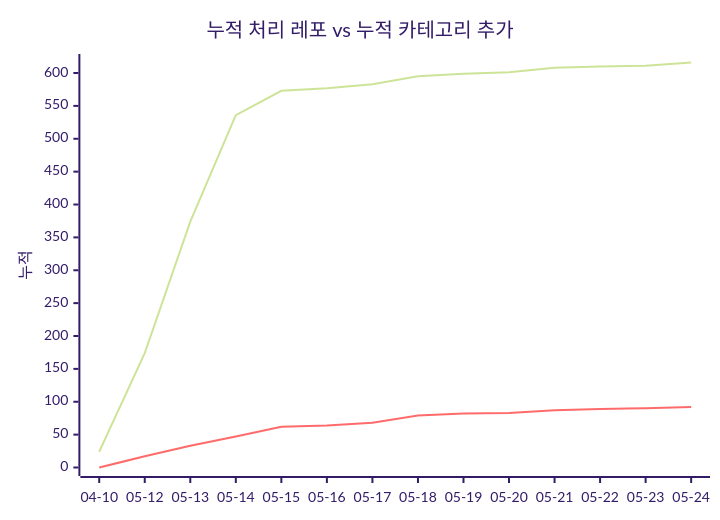
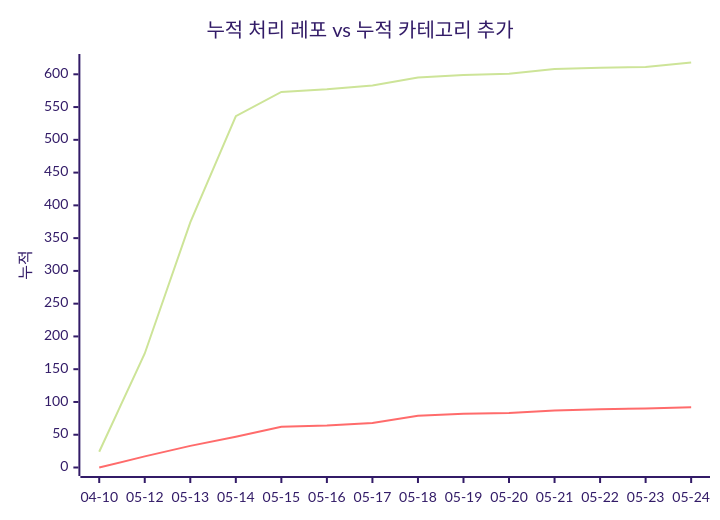
Before and after one commit to J-nowcow/awesome-korean-agent-skills: the second of 2 diagrams in docs/trends.md, drawn with Mermaid (forest theme). The commit also changed other lines of this file and 2 other files, not shown here.

````diff
--- a/docs/trends.md
+++ b/docs/trends.md
@@ -68,8 +68,8 @@
 ```mermaid
 xychart-beta
     title "누적 처리 레포 vs 누적 카테고리 추가"
     x-axis ["04-10","05-12","05-13","05-14","05-15","05-16","05-17","05-18","05-19","05-20","05-21","05-22","05-23","05-24"]
     y-axis "누적"
-    line [24,174,374,536,573,577,583,595,599,601,608,610,611,616]
+    line [24,174,374,536,573,577,583,595,599,601,608,610,611,618]
     line [0,17,33,47,62,64,68,79,82,83,87,89,90,92]
 ```
````
